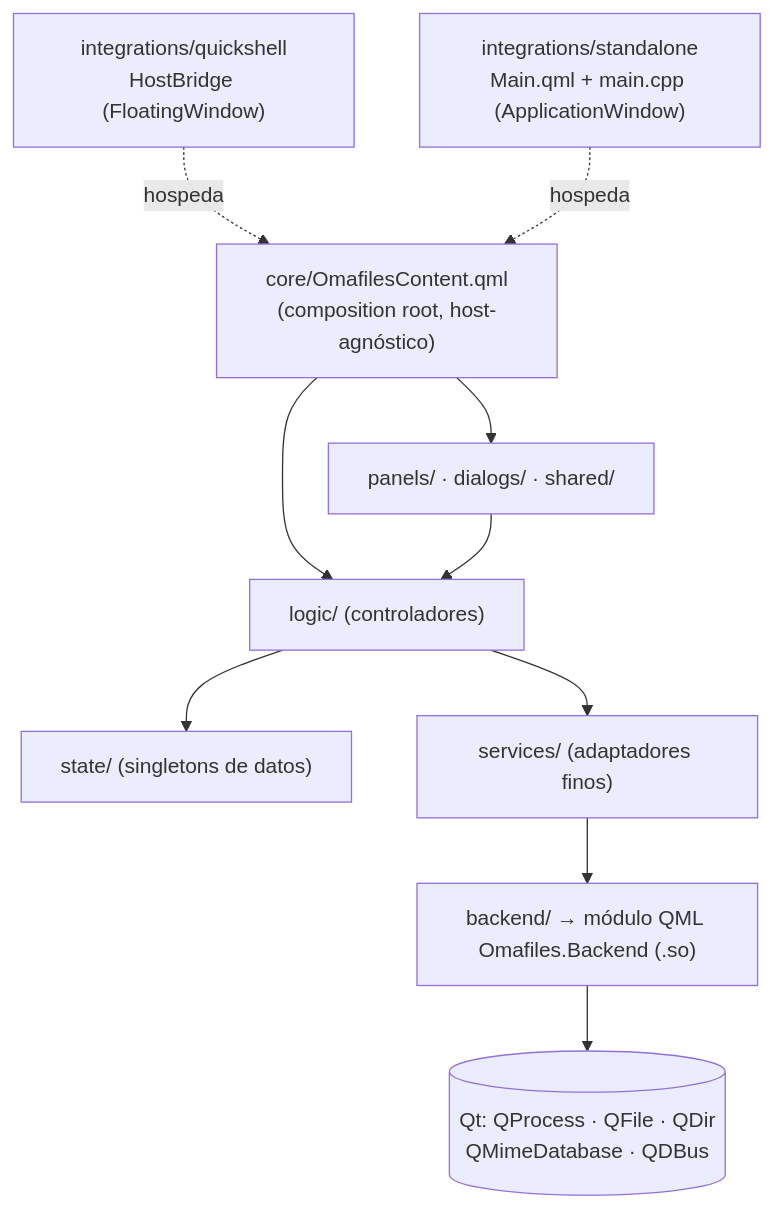
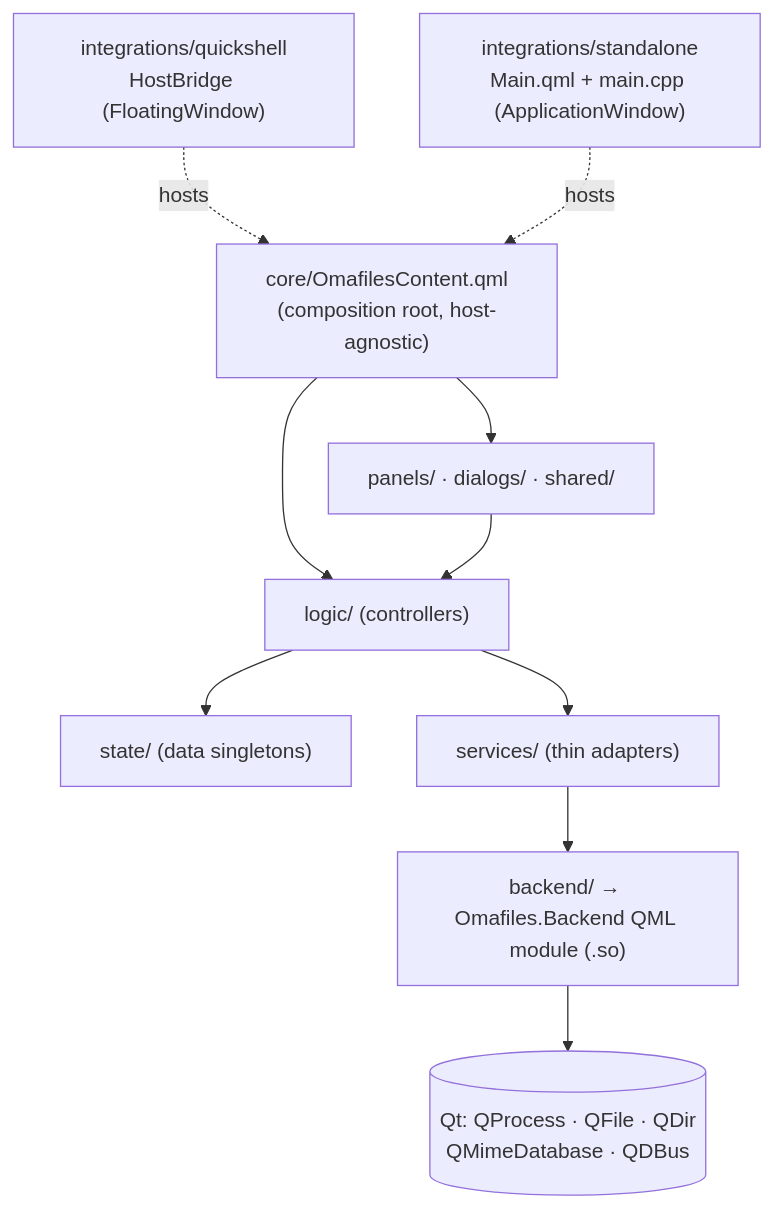
The diagram in BACKEND_DESIGN.md (Flaxenox/omafiles), drawn with Mermaid before and after one commit. The commit also changed other lines of this file and 153 other files, not shown here.

````diff
--- a/BACKEND_DESIGN.md
+++ b/BACKEND_DESIGN.md
@@ -70,22 +80,22 @@
 ```mermaid
 graph TD
   QSHost["integrations/quickshell<br/>HostBridge (FloatingWindow)"]
   SAHost["integrations/standalone<br/>Main.qml + main.cpp (ApplicationWindow)"]
-  Core["core/OmafilesContent.qml<br/>(composition root, host-agnóstico)"]
+  Core["core/OmafilesContent.qml<br/>(composition root, host-agnostic)"]
   UI["panels/ · dialogs/ · shared/"]
-  Logic["logic/ (controladores)"]
-  State["state/ (singletons de datos)"]
-  Svc["services/ (adaptadores finos)"]
-  Backend["backend/ → módulo QML Omafiles.Backend (.so)"]
+  Logic["logic/ (controllers)"]
+  State["state/ (data singletons)"]
+  Svc["services/ (thin adapters)"]
+  Backend["backend/ → Omafiles.Backend QML module (.so)"]
   Qt[("Qt: QProcess · QFile · QDir<br/>QMimeDatabase · QDBus")]
 
-  QSHost -.hospeda.-> Core
-  SAHost -.hospeda.-> Core
+  QSHost -.hosts.-> Core
+  SAHost -.hosts.-> Core
   Core --> UI
   Core --> Logic
   UI --> Logic
   Logic --> State
   Logic --> Svc
   Svc --> Backend
   Backend --> Qt
 ```
````
